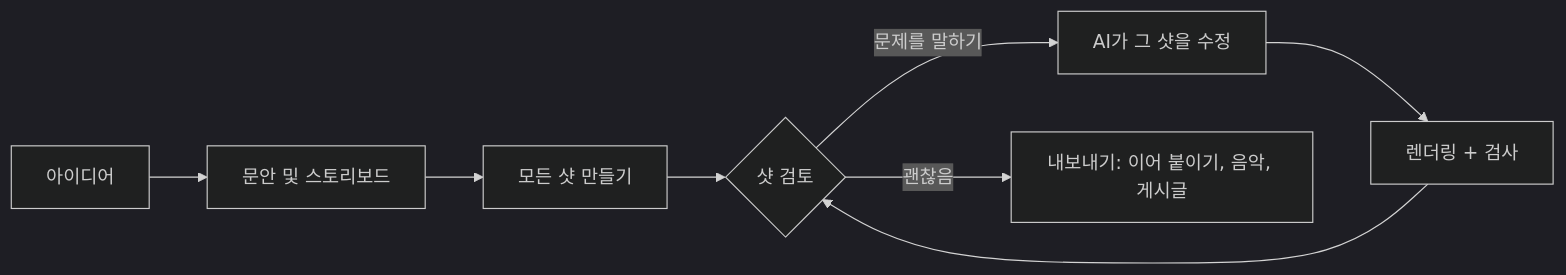
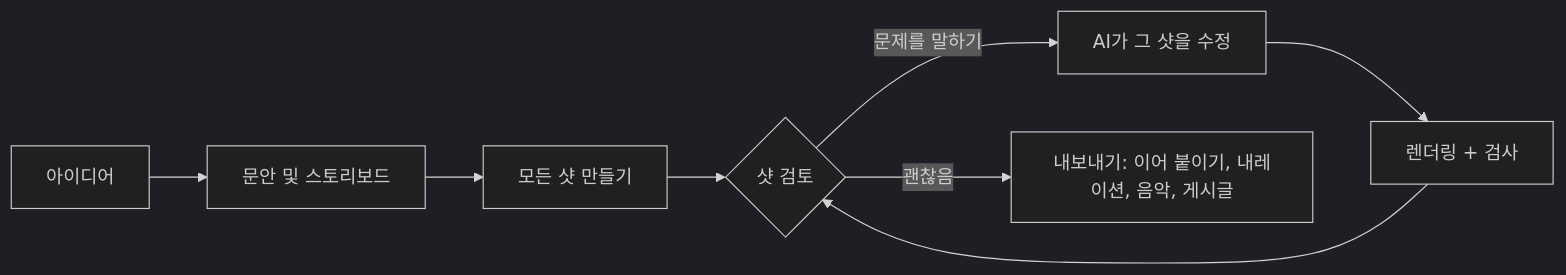
Before and after one commit to chihyungchang/Shotloop: the diagram in README.ko.md, drawn with Mermaid (dark theme). The commit also changed other lines of this file and 161 other files, not shown here.

````diff
--- a/README.ko.md
+++ b/README.ko.md
@@ -109,8 +109,8 @@
 ```mermaid
 flowchart LR
   A[아이디어] --> B[문안 및 스토리보드]
   B --> C[모든 샷 만들기]
   C --> D{샷 검토}
   D -- "문제를 말하기" --> E[AI가 그 샷을 수정] --> F[렌더링 + 검사] --> D
-  D -- 괜찮음 --> G[내보내기: 이어 붙이기, 음악, 게시글]
+  D -- 괜찮음 --> G[내보내기: 이어 붙이기, 내레이션, 음악, 게시글]
 ```
````
